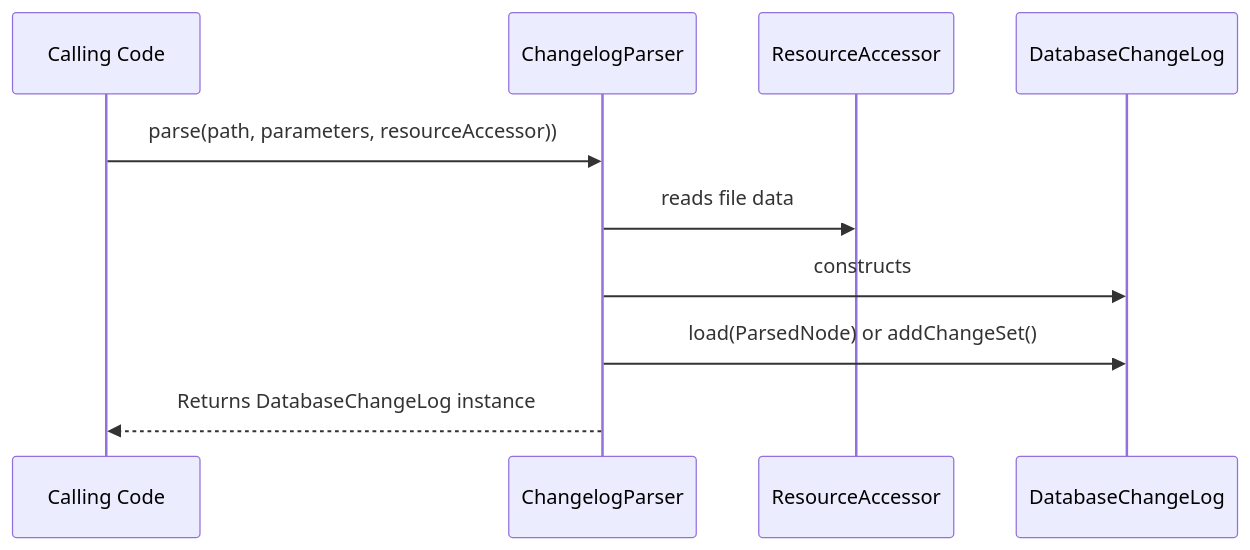
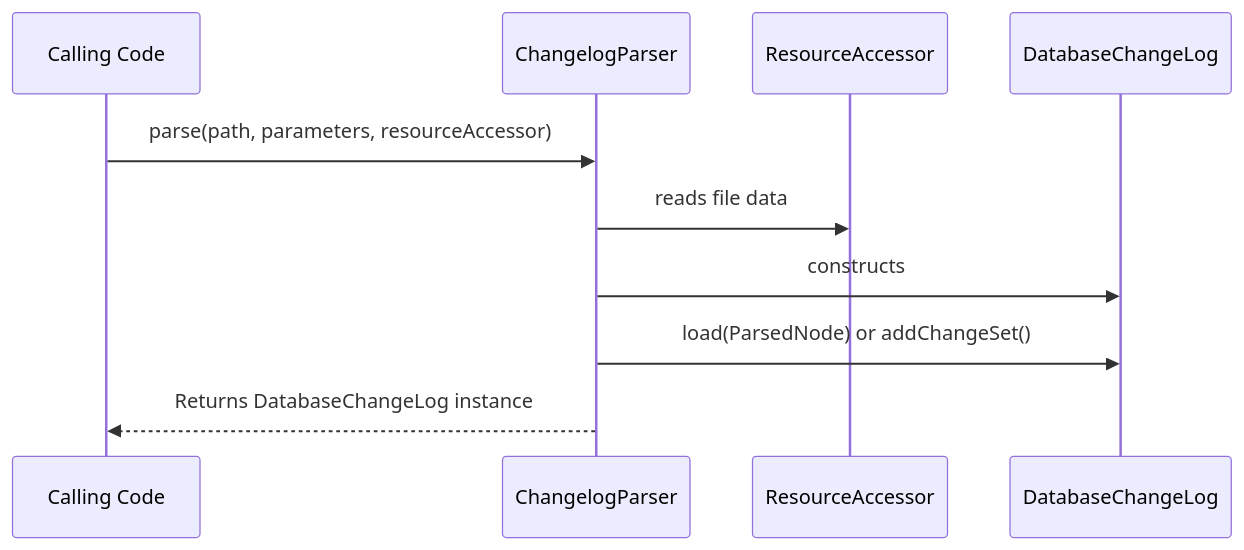
One commit to liquibase/liquibase-contribute-site changed the diagram in docs/code/api/parser-changelogparser.md. Above: the diagram before and after it, drawn with Mermaid. The commit also changed other lines of this file and 29 other files, not shown here.

````diff
--- a/docs/code/api/parser-changelogparser.md
+++ b/docs/code/api/parser-changelogparser.md
@@ -16,8 +16,8 @@
 ```mermaid
 sequenceDiagram
-    Calling Code->>ChangelogParser: parse(path, parameters, resourceAccessor))
+    Calling Code->>ChangelogParser: parse(path, parameters, resourceAccessor)
     ChangelogParser->>ResourceAccessor: reads file data
     ChangelogParser->>DatabaseChangeLog: constructs
     ChangelogParser->>DatabaseChangeLog: load(ParsedNode) or addChangeSet()
     ChangelogParser-->>Calling Code: Returns DatabaseChangeLog instance
 ```
````
